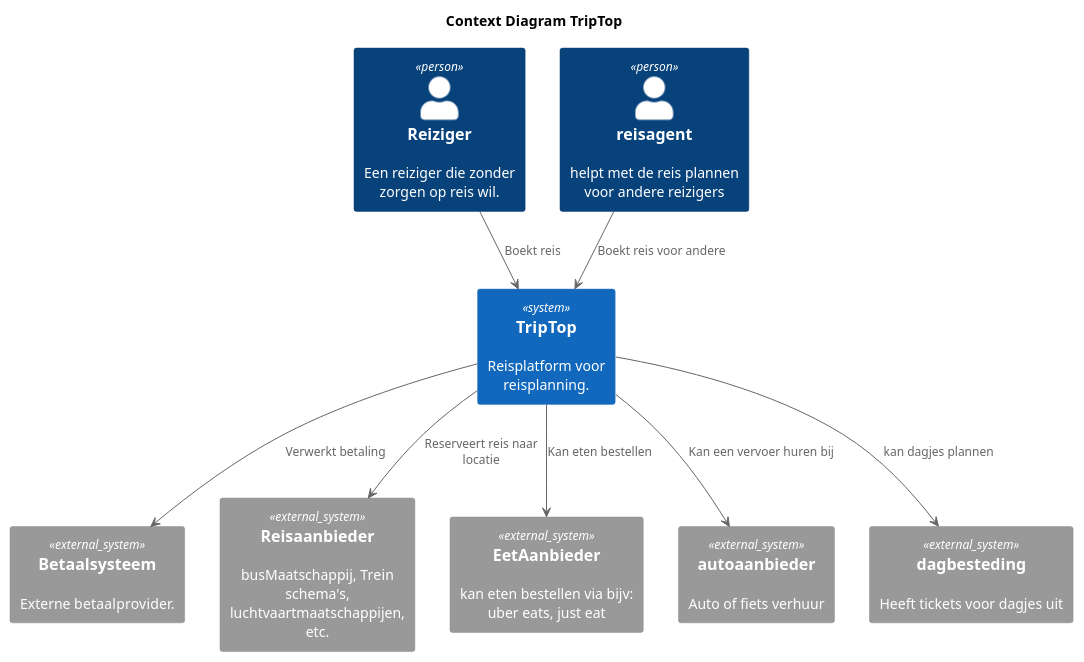
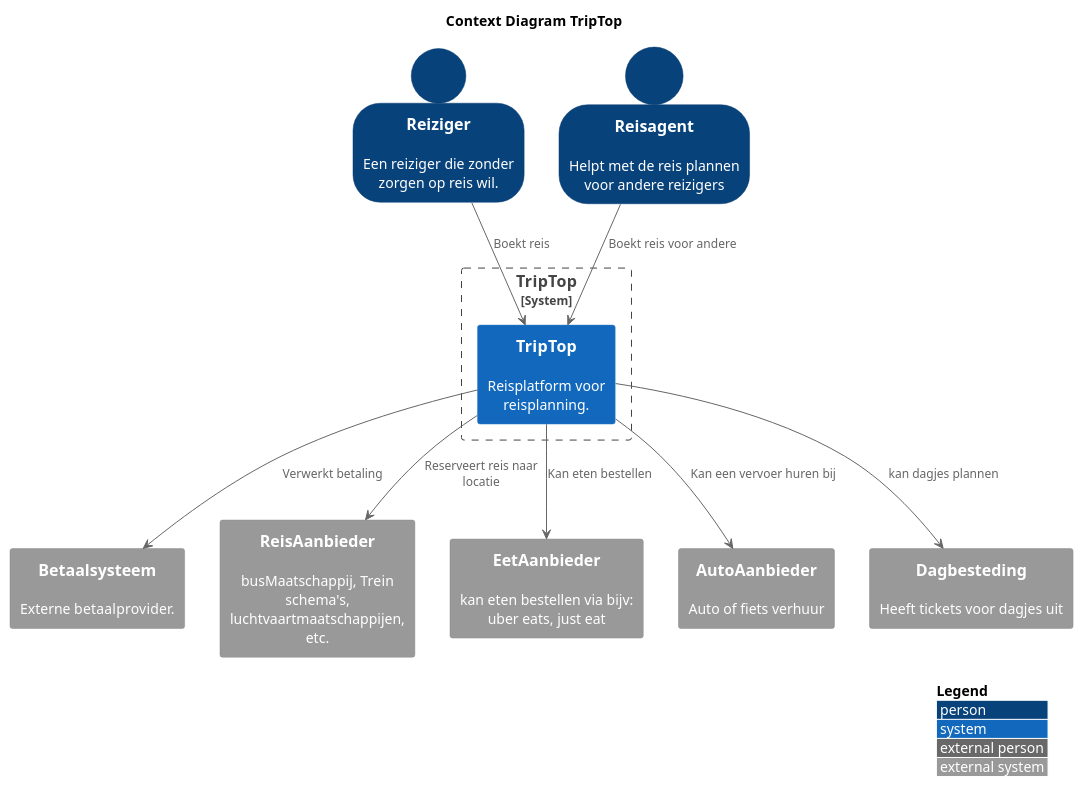
The diagram in opdracht-diagrammen/ContextDiagramRob.puml (AIM-ENE-feb25/triptop-jrn), drawn with PlantUML before and after one commit.

```diff
--- a/opdracht-diagrammen/ContextDiagramRob.puml
+++ b/opdracht-diagrammen/ContextDiagramRob.puml
@@ -1,27 +1,32 @@
 @startuml
 !include https://raw.githubusercontent.com/plantuml-stdlib/C4-PlantUML/master/C4_Context.puml
 
 
 title Context Diagram TripTop
 
+LAYOUT_WITH_LEGEND()
+
+SHOW_PERSON_OUTLINE()
 Person(Reiziger, "Reiziger", "Een reiziger die zonder zorgen op reis wil.")
-Person(Reisagent, "reisagent", "helpt met de reis plannen voor andere reizigers")
+Person(Reisagent, "Reisagent", "Helpt met de reis plannen voor andere reizigers")
 
-System(triptop, "TripTop", "Reisplatform voor reisplanning.")
+System_Boundary(triptop_core, "TripTop") {
+    System(triptop, "TripTop", "Reisplatform voor reisplanning.")
+}
 
 System_Ext(betaalsysteem, "Betaalsysteem", "Externe betaalprovider.")
-System_Ext(reisaanbieder, "Reisaanbieder", "busMaatschappij, Trein schema's, luchtvaartmaatschappijen, etc.")
-System_Ext(etenaanbieder, "EetAanbieder", "kan eten bestellen via bijv: uber eats, just eat")
-System_Ext(Autoaanbieder, "autoaanbieder", "Auto of fiets verhuur")
-System_Ext(Dagbesteding, "dagbesteding", "Heeft tickets voor dagjes uit")
+System_Ext(reisAanbieder, "ReisAanbieder", "busMaatschappij, Trein schema's, luchtvaartmaatschappijen, etc.")
+System_Ext(etenAanbieder, "EetAanbieder", "kan eten bestellen via bijv: uber eats, just eat")
+System_Ext(AutoAanbieder, "AutoAanbieder", "Auto of fiets verhuur")
+System_Ext(Dagbesteding, "Dagbesteding", "Heeft tickets voor dagjes uit")
 
 Reiziger --> triptop : Boekt reis
 Reisagent --> triptop : Boekt reis voor andere
 
 
 triptop --> betaalsysteem : Verwerkt betaling
-triptop --> reisaanbieder : Reserveert reis naar locatie
-triptop --> etenaanbieder : Kan eten bestellen
-triptop --> Autoaanbieder : Kan een vervoer huren bij
+triptop --> reisAanbieder : Reserveert reis naar locatie
+triptop --> etenAanbieder : Kan eten bestellen
+triptop --> AutoAanbieder : Kan een vervoer huren bij
 triptop --> Dagbesteding : kan dagjes plannen
 @enduml
```
